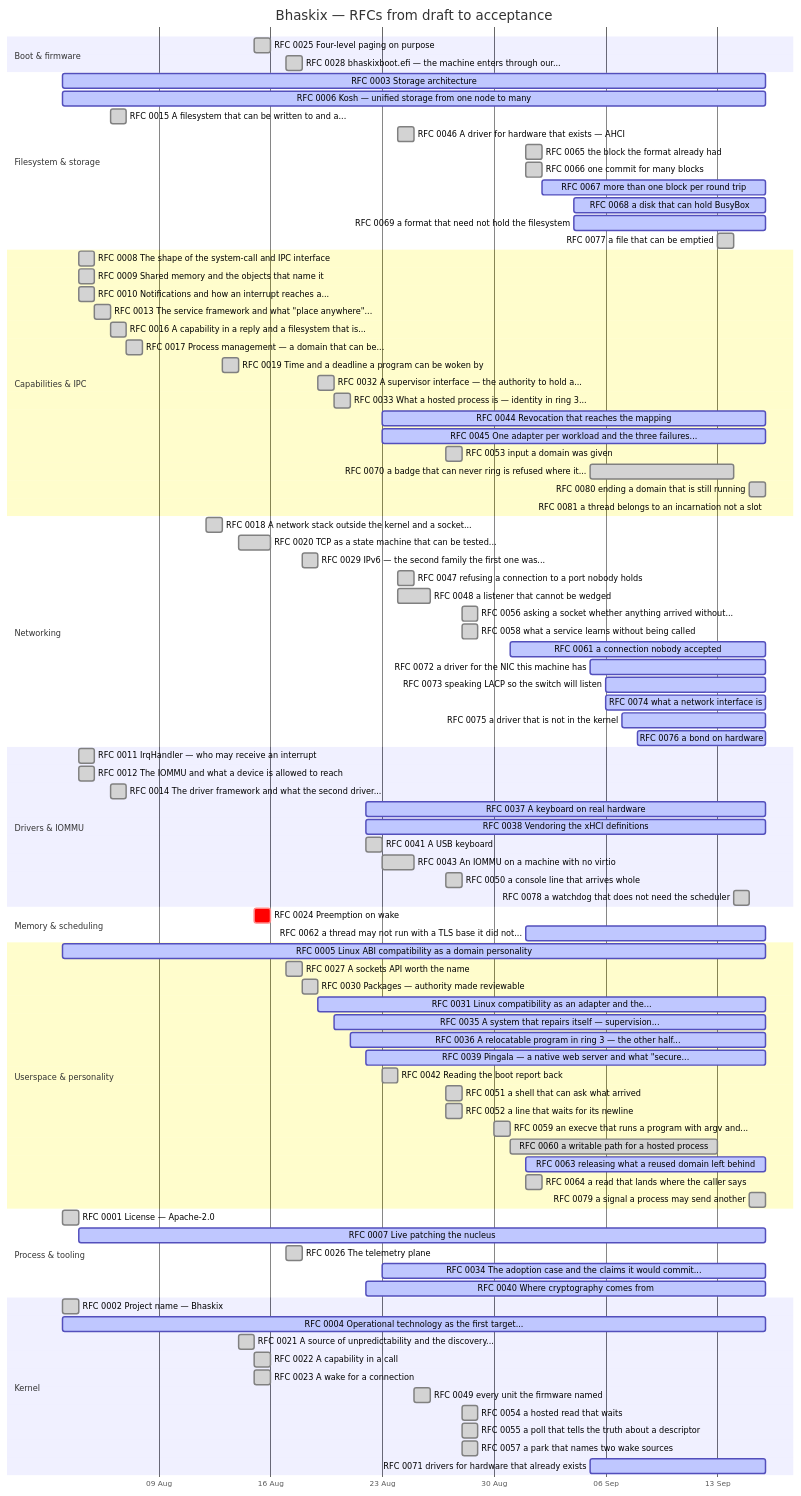
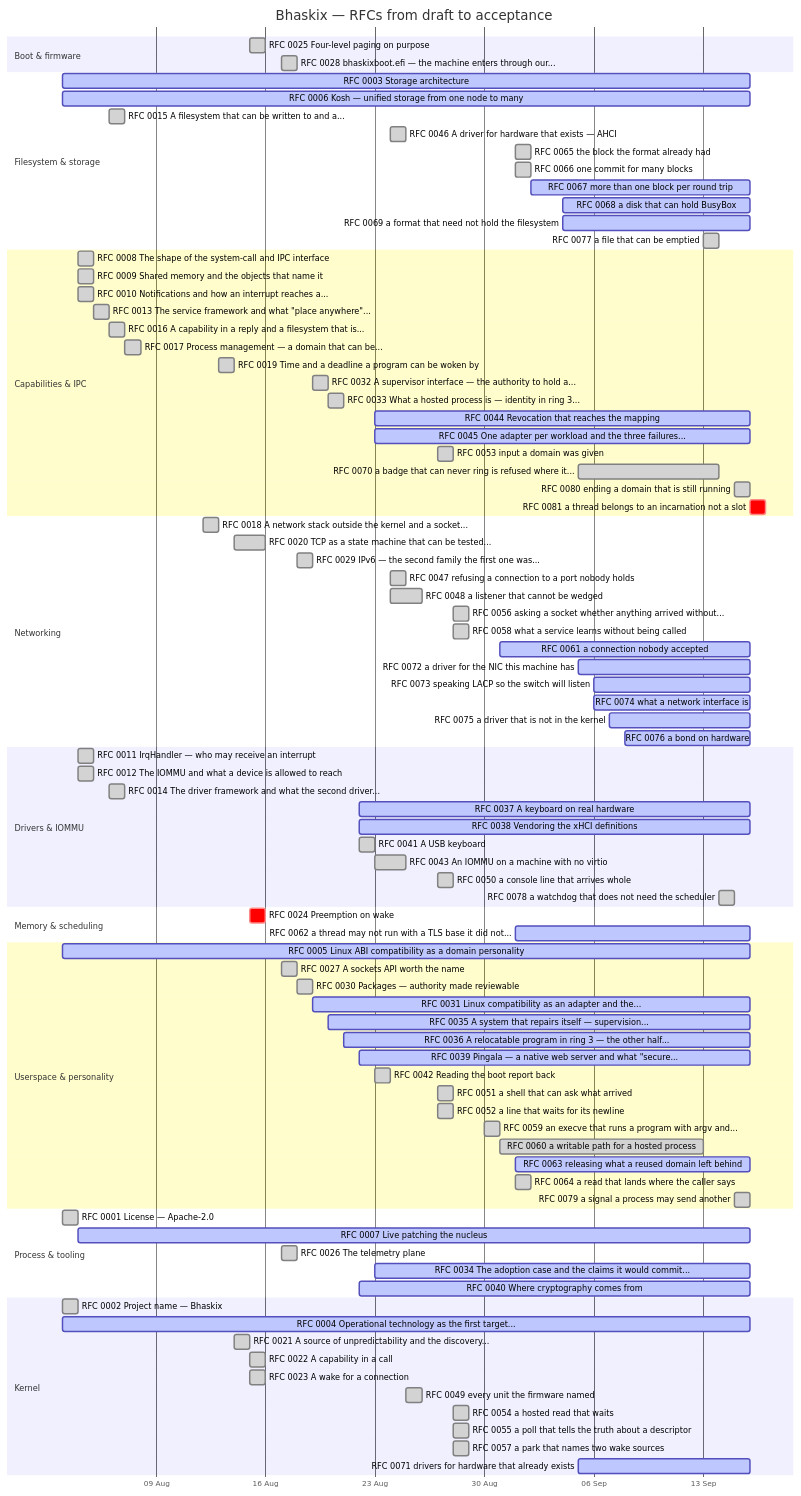
The diagram in docs/progress.md (bhaskix/bhaskix), drawn with Mermaid before and after one commit. The commit also changed other lines of this file and 2 other files, not shown here.

First line of the commit message:
docs: RFC 0081 rejected -- the count is two, and it is provable

```diff
--- a/docs/progress.md
+++ b/docs/progress.md
@@ -56,7 +56,7 @@
     RFC 0053 input a domain was given :done, r0053, 2026-08-27, 1d
     RFC 0070 a badge that can never ring is refused where it... :done, r0070, 2026-09-05, 2026-09-14
     RFC 0080 ending a domain that is still running :done, r0080, 2026-09-15, 1d
-    RFC 0081 a thread belongs to an incarnation not a slot :active, r0081, 2026-09-16, 2026-09-16
+    RFC 0081 a thread belongs to an incarnation not a slot :crit, r0081, 2026-09-16, 1d
     section Networking
     RFC 0018 A network stack outside the kernel and a socket... :done, r0018, 2026-08-12, 2026-08-13
     RFC 0020 TCP as a state machine that can be tested... :done, r0020, 2026-08-14, 2026-08-16
```
